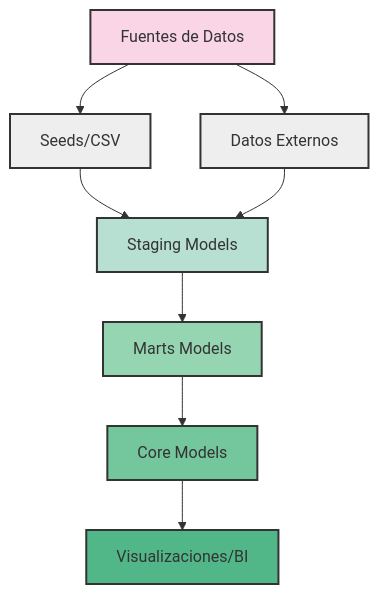
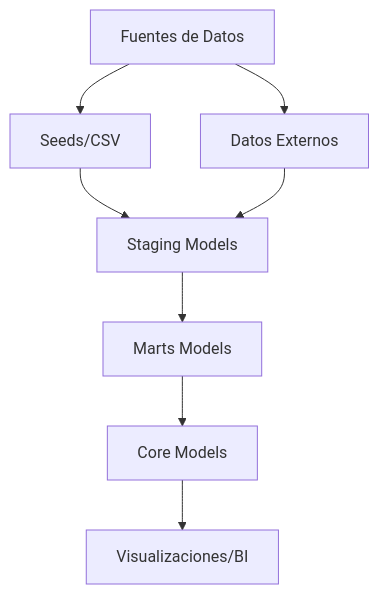
The first of 3 diagrams in README.md (rafarngt/dbt-duckdb-analytics-kit), drawn with Mermaid before and after one commit. The commit also changed other lines of this file, not shown here.

````diff
--- a/README.md
+++ b/README.md
@@ -48,18 +48,10 @@
 ```mermaid
 flowchart TD
     A[Fuentes de Datos] --> B[Seeds/CSV]
     A --> C[Datos Externos]
     B --> D[Staging Models]
     C --> D
     D --> E[Marts Models]
     E --> F[Core Models]
     F --> G[Visualizaciones/BI]
-    
-    style A fill:#f9d5e5,stroke:#333,stroke-width:2px
-    style B fill:#eeeeee,stroke:#333,stroke-width:2px
-    style C fill:#eeeeee,stroke:#333,stroke-width:2px
-    style D fill:#b8e0d2,stroke:#333,stroke-width:2px
-    style E fill:#95d5b2,stroke:#333,stroke-width:2px
-    style F fill:#74c69d,stroke:#333,stroke-width:2px
-    style G fill:#52b788,stroke:#333,stroke-width:2px
 ```
````
